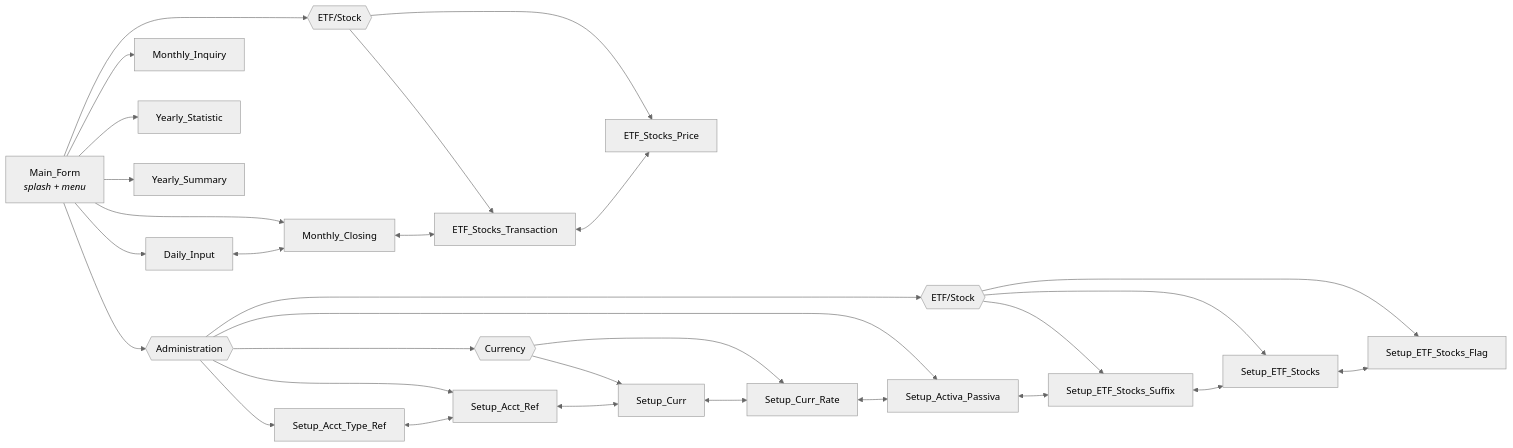
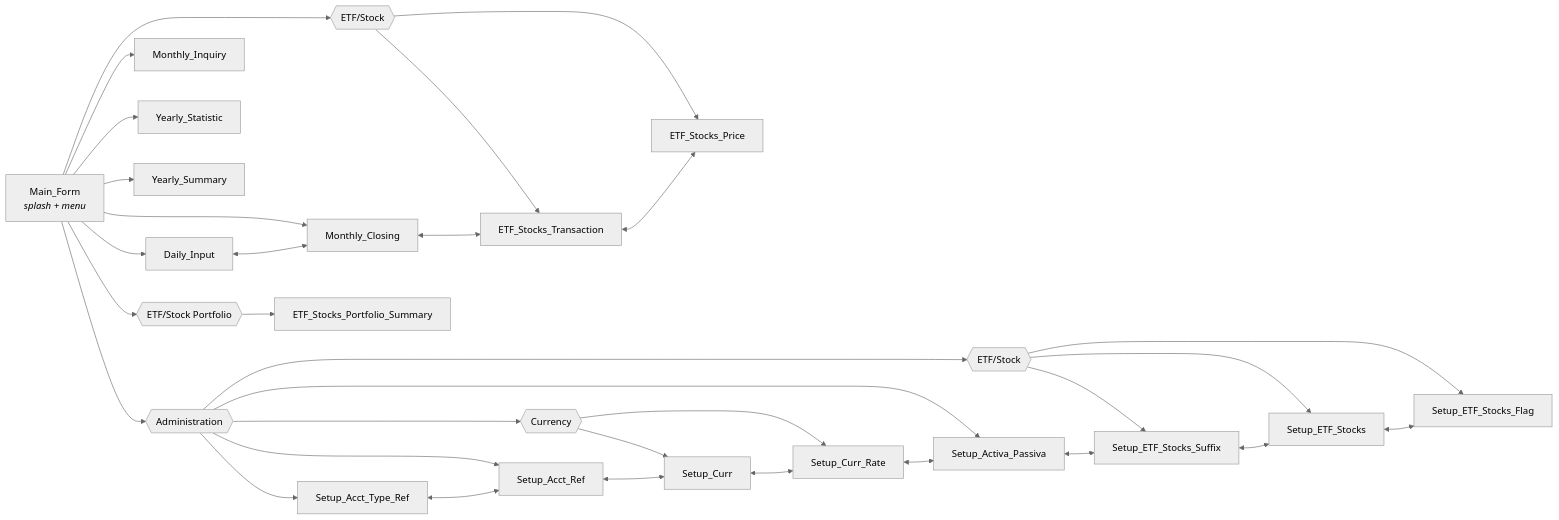
One commit to oscar-rijadi/FinancialBalance changed the second of 3 diagrams in README.md. Above: the diagram before and after it, drawn with Mermaid (neutral theme). The commit also changed other lines of this file and 36 other files, not shown here.

Commit message:
Implement Portfolio Summary

````diff
--- a/README.md
+++ b/README.md
@@ -100,37 +101,39 @@
 ```mermaid
 flowchart LR
     MAIN["Main_Form<br/><i>splash + menu</i>"]
 
     MAIN --> DI["Daily_Input"]
     MAIN --> MC["Monthly_Closing"]
     MAIN --> PETFG{{"ETF/Stock"}}
     PETFG --> ETX["ETF_Stocks_Transaction"]
     PETFG --> ETP["ETF_Stocks_Price"]
     MAIN --> MI["Monthly_Inquiry"]
     MAIN --> YT["Yearly_Statistic"]
     MAIN --> YS["Yearly_Summary"]
+    MAIN --> PORTG{{"ETF/Stock Portfolio"}}
+    PORTG --> PSUM["ETF_Stocks_Portfolio_Summary"]
 
     MAIN --> ADMIN{{"Administration"}}
     ADMIN --> SATR["Setup_Acct_Type_Ref"]
     ADMIN --> SAR["Setup_Acct_Ref"]
     ADMIN --> CURG{{"Currency"}}
     CURG --> SC["Setup_Curr"]
     CURG --> SCR["Setup_Curr_Rate"]
     ADMIN --> SAP["Setup_Activa_Passiva"]
     ADMIN --> ETFG{{"ETF/Stock"}}
     ETFG --> SES["Setup_ETF_Stocks_Suffix"]
     ETFG --> SET["Setup_ETF_Stocks"]
     ETFG --> SEF["Setup_ETF_Stocks_Flag"]
 
     DI <--> MC
     MC <--> ETX
     ETX <--> ETP
 
     SATR <--> SAR
     SAR <--> SC
     SC <--> SCR
     SCR <--> SAP
     SAP <--> SES
     SES <--> SET
     SET <--> SEF
 ```
````
